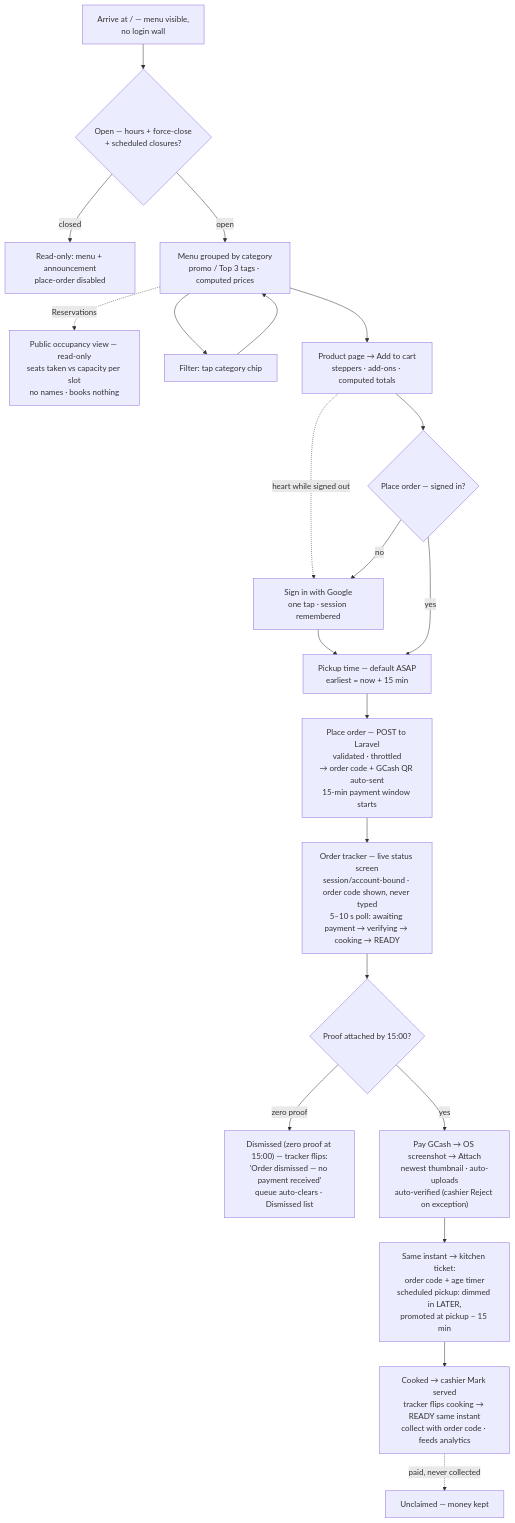
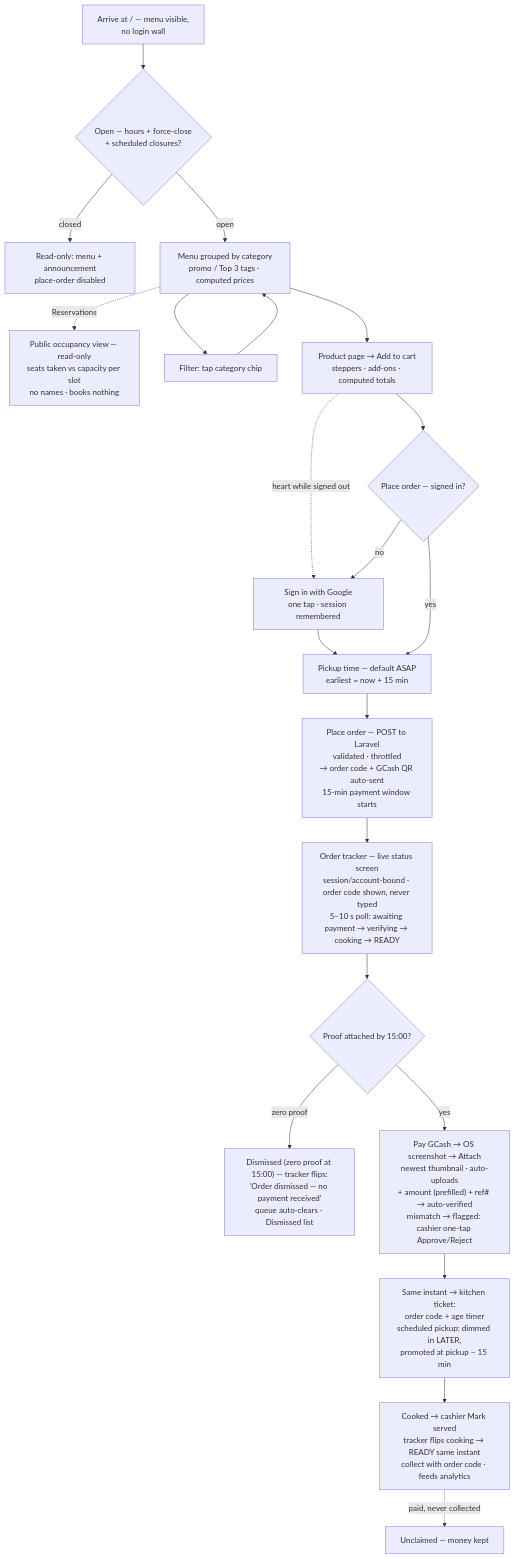
Before and after one commit to S1NXIAN/CRNP: the diagram in docs/flow-charts/customer.md, drawn with Mermaid. The commit also changed 5 other files, not shown here.

````diff
--- a/docs/flow-charts/customer.md
+++ b/docs/flow-charts/customer.md
@@ -6,23 +6,23 @@
 ```mermaid
 flowchart TD
     A["Arrive at / — menu visible,<br/>no login wall"] --> B{"Open — hours + force-close<br/>+ scheduled closures?"}
     B -->|"closed"| C["Read-only: menu + announcement<br/>place-order disabled"]
     B -->|"open"| D["Menu grouped by category<br/>promo / Top 3 tags · computed prices"]
     D -.->|"Reservations"| V["Public occupancy view — read-only<br/>seats taken vs capacity per slot<br/>no names · books nothing"]
     D --> E["Filter: tap category chip"]
     E --> D
     D --> F["Product page → Add to cart<br/>steppers · add-ons · computed totals"]
     F -.->|"heart while signed out"| G
     F --> H{"Place order — signed in?"}
     H -->|"no"| G["Sign in with Google<br/>one tap · session remembered"]
     G --> I["Pickup time — default ASAP<br/>earliest = now + 15 min"]
     H -->|"yes"| I
     I --> J["Place order — POST to Laravel<br/>validated · throttled<br/>→ order code + GCash QR auto-sent<br/>15-min payment window starts"]
     J --> T["Order tracker — live status screen<br/>session/account-bound · order code shown, never typed<br/>5–10 s poll: awaiting payment → verifying → cooking → READY"]
     T --> K{"Proof attached by 15:00?"}
     K -->|"zero proof"| L["Dismissed (zero proof at 15:00) — tracker flips:<br/>'Order dismissed — no payment received'<br/>queue auto-clears · Dismissed list"]
-    K -->|"yes"| M["Pay GCash → OS screenshot → Attach<br/>newest thumbnail · auto-uploads<br/>auto-verified (cashier Reject on exception)"]
+    K -->|"yes"| M["Pay GCash → OS screenshot → Attach<br/>newest thumbnail · auto-uploads<br/>+ amount (prefilled) + ref# → auto-verified<br/>mismatch → flagged: cashier one-tap Approve/Reject"]
     M --> N["Same instant → kitchen ticket:<br/>order code + age timer<br/>scheduled pickup: dimmed in LATER,<br/>promoted at pickup − 15 min"]
     N --> O["Cooked → cashier Mark served<br/>tracker flips cooking → READY same instant<br/>collect with order code · feeds analytics"]
     O -.->|"paid, never collected"| P["Unclaimed — money kept"]
 ```
````
